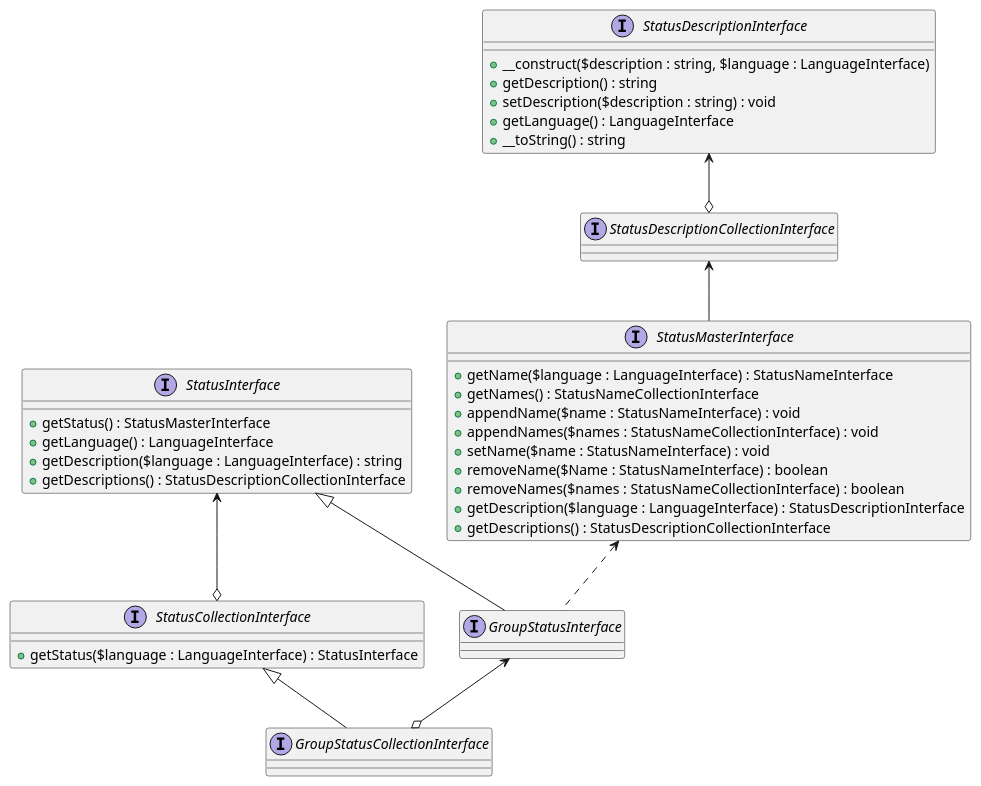
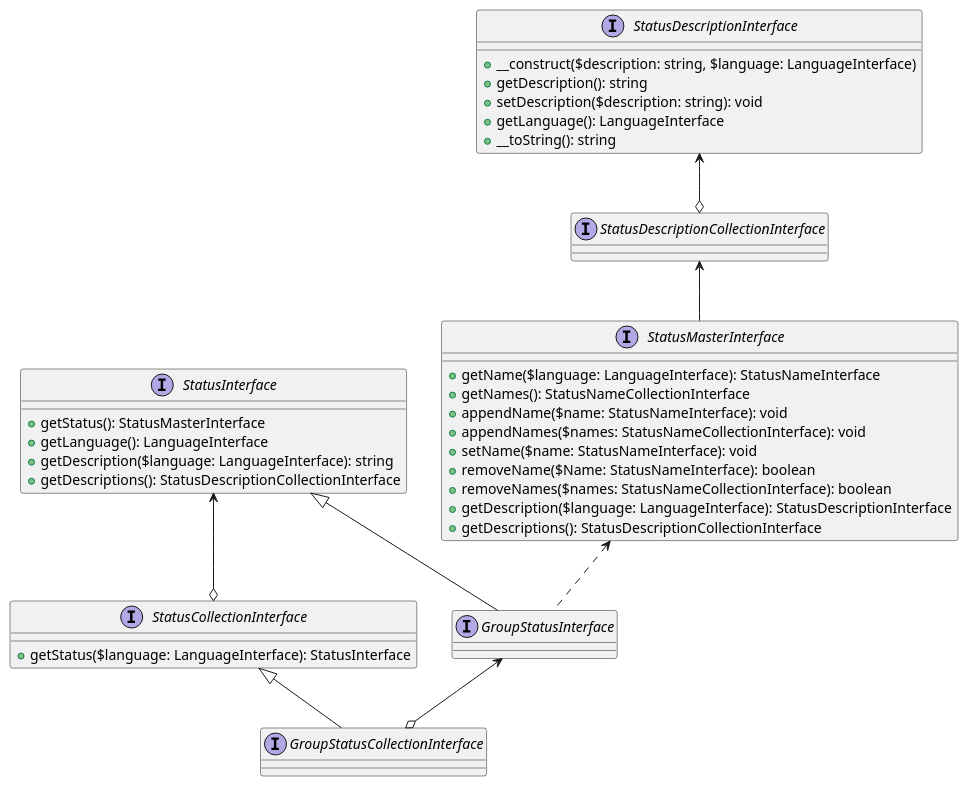
Before and after one commit to NUOCW/ocw-cms: the diagram in doc/diagram/NUOCW/CoreBundle/Entity/Group/GroupStatus.puml, drawn with PlantUML. The commit also changed 2 other files, not shown here.

```diff
--- a/doc/diagram/NUOCW/CoreBundle/Entity/Group/GroupStatus.puml
+++ b/doc/diagram/NUOCW/CoreBundle/Entity/Group/GroupStatus.puml
@@ -1,55 +1,55 @@
 @startuml
 
-interface GroupStatusCollectionInterface{
+interface GroupStatusCollectionInterface {
 }
 
-interface StatusCollectionInterface{
-    +getStatus($language : LanguageInterface) : StatusInterface
+interface StatusCollectionInterface {
+    +getStatus($language: LanguageInterface): StatusInterface
 }
 
-interface GroupStatusInterface{
+interface GroupStatusInterface {
 }
 
-interface StatusInterface{
-    +getStatus() : StatusMasterInterface
-    +getLanguage() : LanguageInterface
-    +getDescription($language : LanguageInterface) : string
-    +getDescriptions() : StatusDescriptionCollectionInterface
+interface StatusInterface {
+    +getStatus(): StatusMasterInterface
+    +getLanguage(): LanguageInterface
+    +getDescription($language: LanguageInterface): string
+    +getDescriptions(): StatusDescriptionCollectionInterface
 }
 
-interface StatusMasterInterface{
-    +getName($language : LanguageInterface) : StatusNameInterface
-    +getNames() : StatusNameCollectionInterface
-    +appendName($name : StatusNameInterface) : void
-    +appendNames($names : StatusNameCollectionInterface) : void
-    +setName($name : StatusNameInterface) : void
-    +removeName($Name : StatusNameInterface) : boolean
-    +removeNames($names : StatusNameCollectionInterface) : boolean
-    +getDescription($language : LanguageInterface) : StatusDescriptionInterface
-    +getDescriptions() : StatusDescriptionCollectionInterface
+interface StatusMasterInterface {
+    +getName($language: LanguageInterface): StatusNameInterface
+    +getNames(): StatusNameCollectionInterface
+    +appendName($name: StatusNameInterface): void
+    +appendNames($names: StatusNameCollectionInterface): void
+    +setName($name: StatusNameInterface): void
+    +removeName($Name: StatusNameInterface): boolean
+    +removeNames($names: StatusNameCollectionInterface): boolean
+    +getDescription($language: LanguageInterface): StatusDescriptionInterface
+    +getDescriptions(): StatusDescriptionCollectionInterface
 }
 
-interface StatusDescriptionCollectionInterface{
+interface StatusDescriptionCollectionInterface {
 }
 
-interface StatusDescriptionInterface{
-    +__construct($description : string, $language : LanguageInterface)
-    +getDescription() : string
-    +setDescription($description : string) : void
-    +getLanguage() : LanguageInterface
-    +__toString() : string
+interface StatusDescriptionInterface {
+    +__construct($description: string, $language: LanguageInterface)
+    +getDescription(): string
+    +setDescription($description: string): void
+    +getLanguage(): LanguageInterface
+    +__toString(): string
 }
 
 StatusCollectionInterface <|-- GroupStatusCollectionInterface
 GroupStatusInterface <--o GroupStatusCollectionInterface
 
 StatusInterface <--o StatusCollectionInterface
 
 StatusInterface <|-- GroupStatusInterface
 StatusMasterInterface <.. GroupStatusInterface
 
 StatusDescriptionCollectionInterface <-- StatusMasterInterface
 
 StatusDescriptionInterface <--o StatusDescriptionCollectionInterface
 
 @enduml
```
